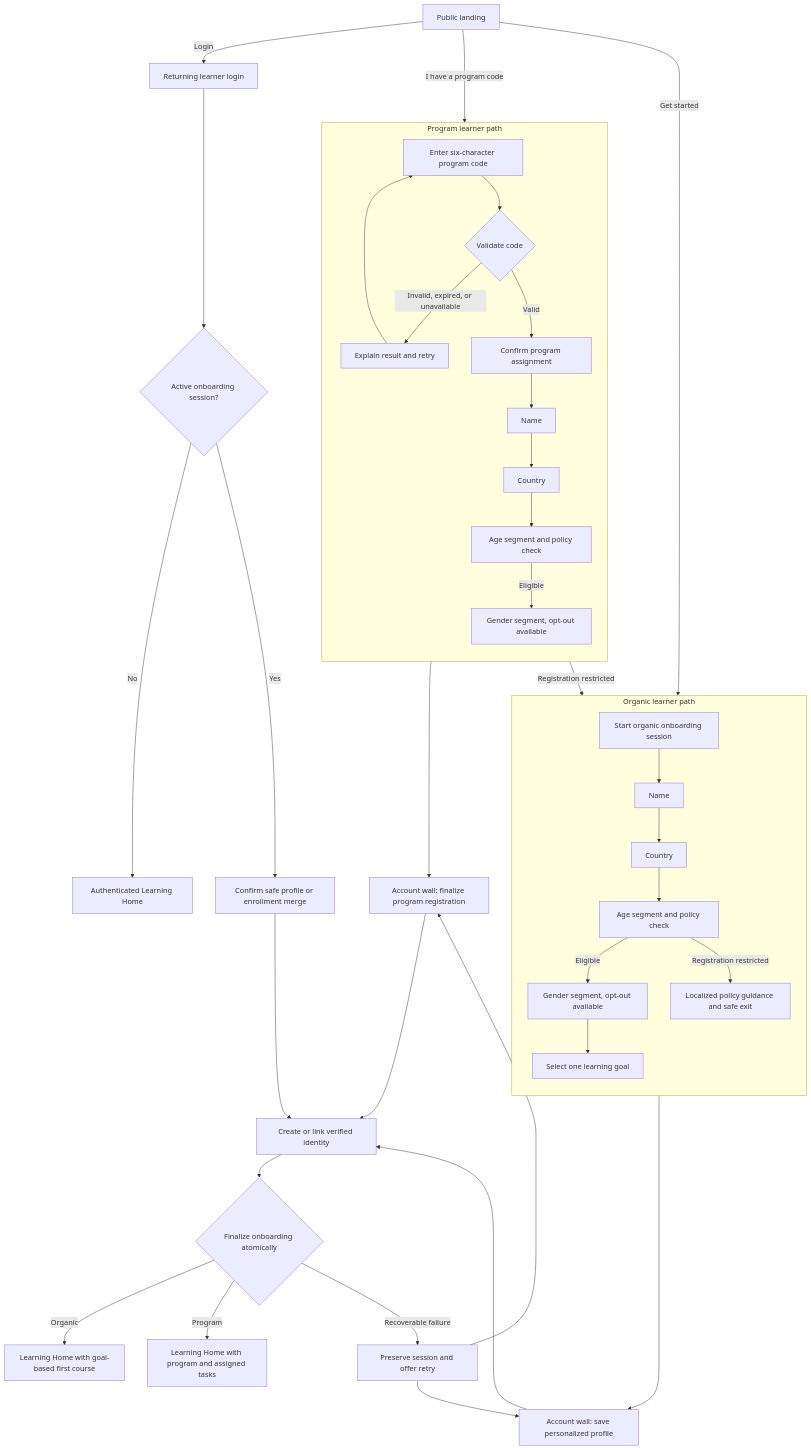
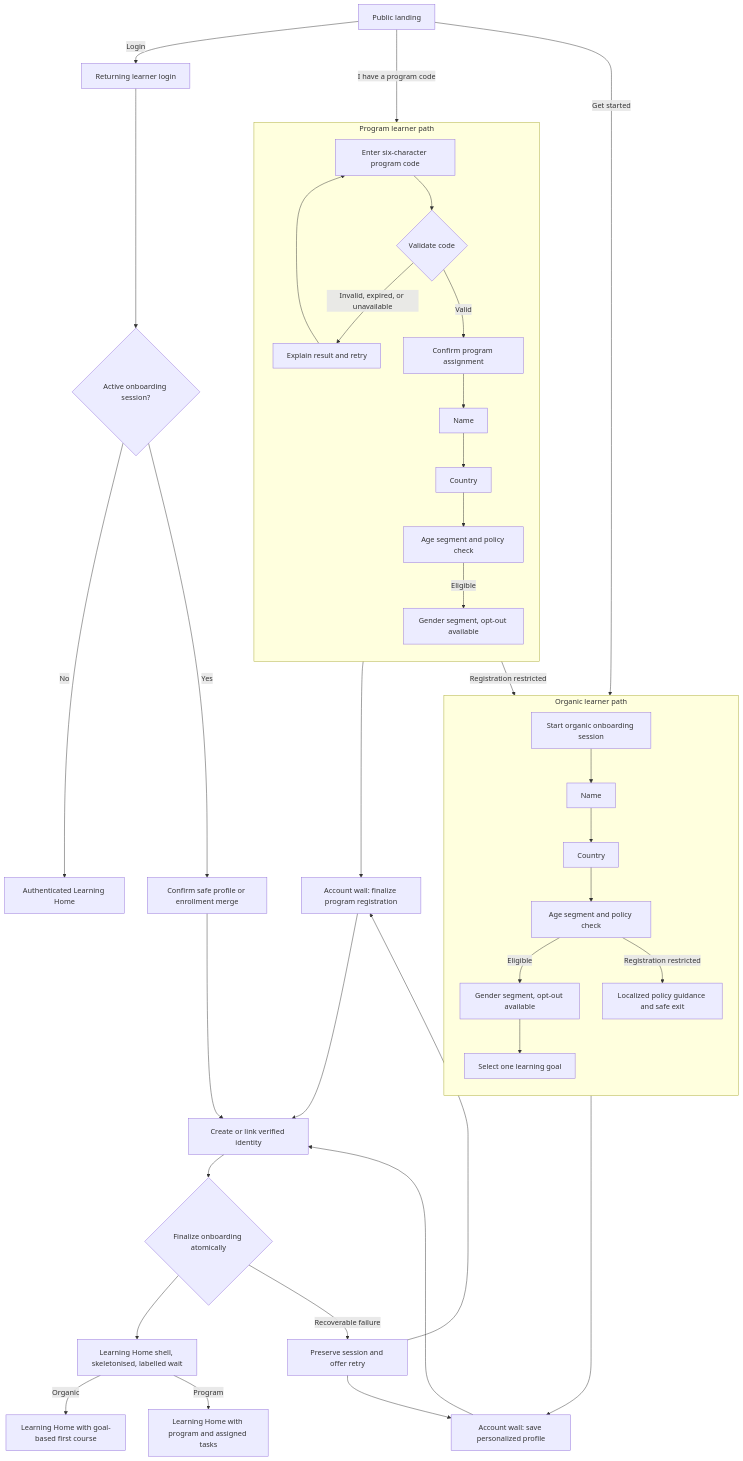
The diagram in design/onboarding-solve-edu/PRD.md (rekyb/rnd-workspace), drawn with Mermaid before and after one commit. The commit also changed other lines of this file and 4 other files, not shown here.

````diff
--- a/design/onboarding-solve-edu/PRD.md
+++ b/design/onboarding-solve-edu/PRD.md
@@ -121,48 +297,49 @@
 ```mermaid
 flowchart TD
     Landing["Public landing"]
 
     Landing -->|Get started| OrganicSession["Start organic onboarding session"]
     Landing -->|I have a program code| CodeEntry["Enter six-character program code"]
     Landing -->|Login| ReturningLogin["Returning learner login"]
 
     subgraph Organic["Organic learner path"]
         direction TD
         OrganicSession --> OName["Name"]
         OName --> OCountry["Country"]
         OCountry --> OAge["Age segment and policy check"]
         OAge -->|Eligible| OGender["Gender segment, opt-out available"]
         OAge -->|Registration restricted| PolicyExit["Localized policy guidance and safe exit"]
         OGender --> Goal["Select one learning goal"]
     end
 
     subgraph Program["Program learner path"]
         direction TD
         CodeEntry --> ValidateCode{"Validate code"}
         ValidateCode -->|Invalid, expired, or unavailable| CodeRecovery["Explain result and retry"]
         CodeRecovery --> CodeEntry
         ValidateCode -->|Valid| ProgramPreview["Confirm program assignment"]
         ProgramPreview --> PName["Name"]
         PName --> PCountry["Country"]
         PCountry --> PAge["Age segment and policy check"]
         PAge -->|Eligible| PGender["Gender segment, opt-out available"]
         PAge -->|Registration restricted| PolicyExit
     end
 
     Goal --> OrganicWall["Account wall: save personalized profile"]
     PGender --> ProgramWall["Account wall: finalize program registration"]
 
     OrganicWall --> Identity["Create or link verified identity"]
     ProgramWall --> Identity
     ReturningLogin --> ExistingDestination{"Active onboarding session?"}
     ExistingDestination -->|No| LearningHome["Authenticated Learning Home"]
     ExistingDestination -->|Yes| MergeDecision["Confirm safe profile or enrollment merge"]
     MergeDecision --> Identity
 
     Identity --> Finalize{"Finalize onboarding atomically"}
-    Finalize -->|Organic| OrganicHome["Learning Home with goal-based first course"]
-    Finalize -->|Program| ProgramHome["Learning Home with program and assigned tasks"]
+    Finalize --> Handoff["Learning Home shell, skeletonised, labelled wait"]
+    Handoff -->|Organic| OrganicHome["Learning Home with goal-based first course"]
+    Handoff -->|Program| ProgramHome["Learning Home with program and assigned tasks"]
     Finalize -->|Recoverable failure| AccountRecovery["Preserve session and offer retry"]
     AccountRecovery --> OrganicWall
     AccountRecovery --> ProgramWall
 ```
````
